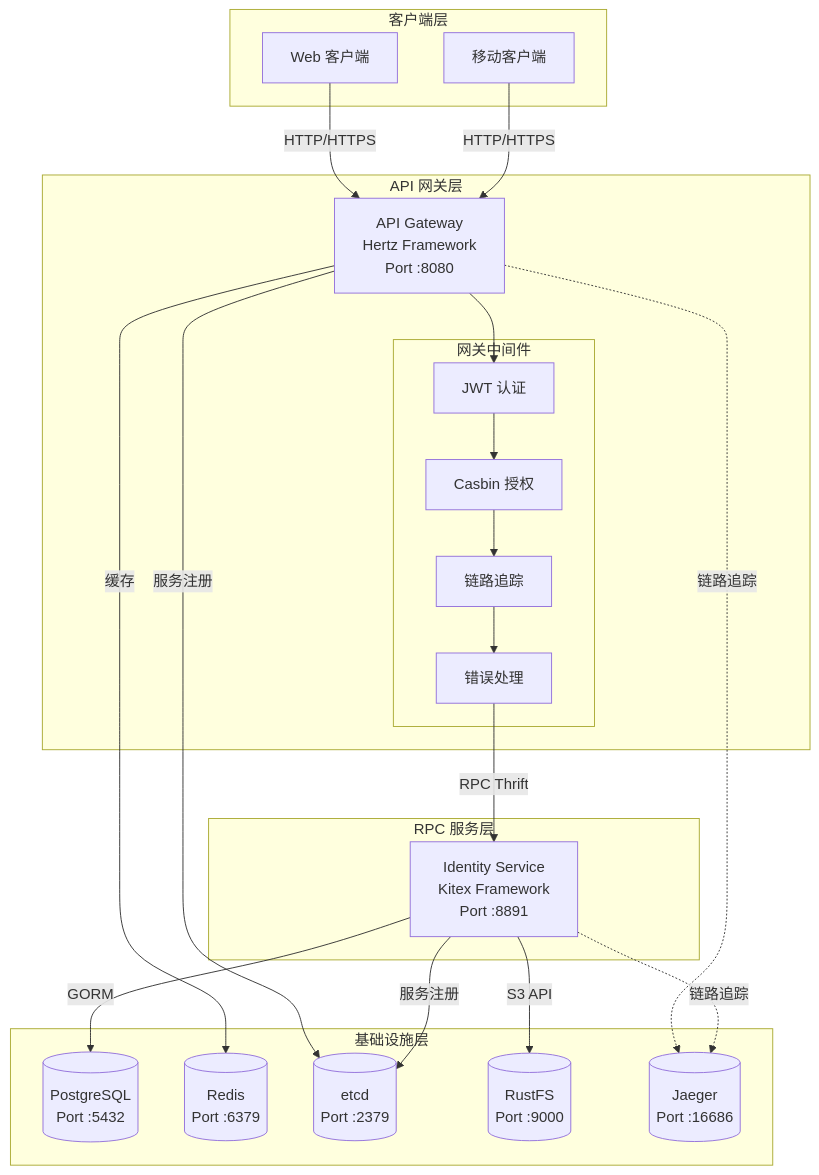
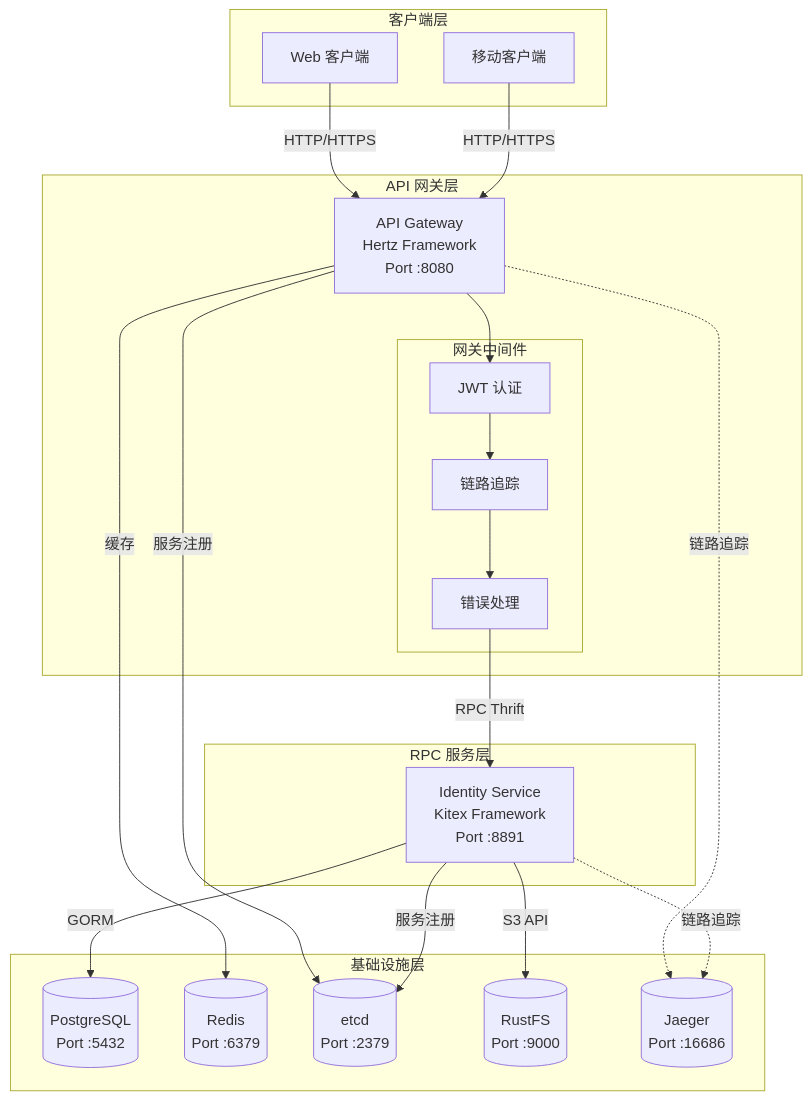
The first of 6 diagrams in docs/02-architecture.md (masonsxu/cloudwego-microservice-demo), drawn with Mermaid before and after one commit. The commit also changed other lines of this file and 2 other files, not shown here.

````diff
--- a/docs/02-architecture.md
+++ b/docs/02-architecture.md
@@ -28,42 +28,41 @@
 ```mermaid
 flowchart TB
     subgraph ClientLayer["客户端层"]
         WebClient[Web 客户端]
         MobileClient[移动客户端]
     end
 
     subgraph GatewayLayer["API 网关层"]
         Gateway[API Gateway<br/>Hertz Framework<br/>Port :8080]
 
         subgraph GatewayMiddleware["网关中间件"]
             JWT[JWT 认证]
-            Casbin[Casbin 授权]
             Tracing[链路追踪]
             ErrorHandler[错误处理]
         end
     end
 
     subgraph ServiceLayer["RPC 服务层"]
         IdentitySrv[Identity Service<br/>Kitex Framework<br/>Port :8891]
     end
 
     subgraph InfrastructureLayer["基础设施层"]
         PostgreSQL[(PostgreSQL<br/>Port :5432)]
         Redis[(Redis<br/>Port :6379)]
         Etcd[(etcd<br/>Port :2379)]
         RustFS[(RustFS<br/>Port :9000)]
         Jaeger[(Jaeger<br/>Port :16686)]
     end
 
     WebClient -->|HTTP/HTTPS| Gateway
     MobileClient -->|HTTP/HTTPS| Gateway
 
-    Gateway --> JWT --> Casbin --> Tracing --> ErrorHandler
+    Gateway --> JWT --> Tracing --> ErrorHandler
     ErrorHandler -->|RPC Thrift| IdentitySrv
 
     IdentitySrv -->|GORM| PostgreSQL
     IdentitySrv -->|S3 API| RustFS
     Gateway -->|缓存| Redis
     Gateway & IdentitySrv -->|服务注册| Etcd
     Gateway & IdentitySrv -.->|链路追踪| Jaeger
 ```
````
